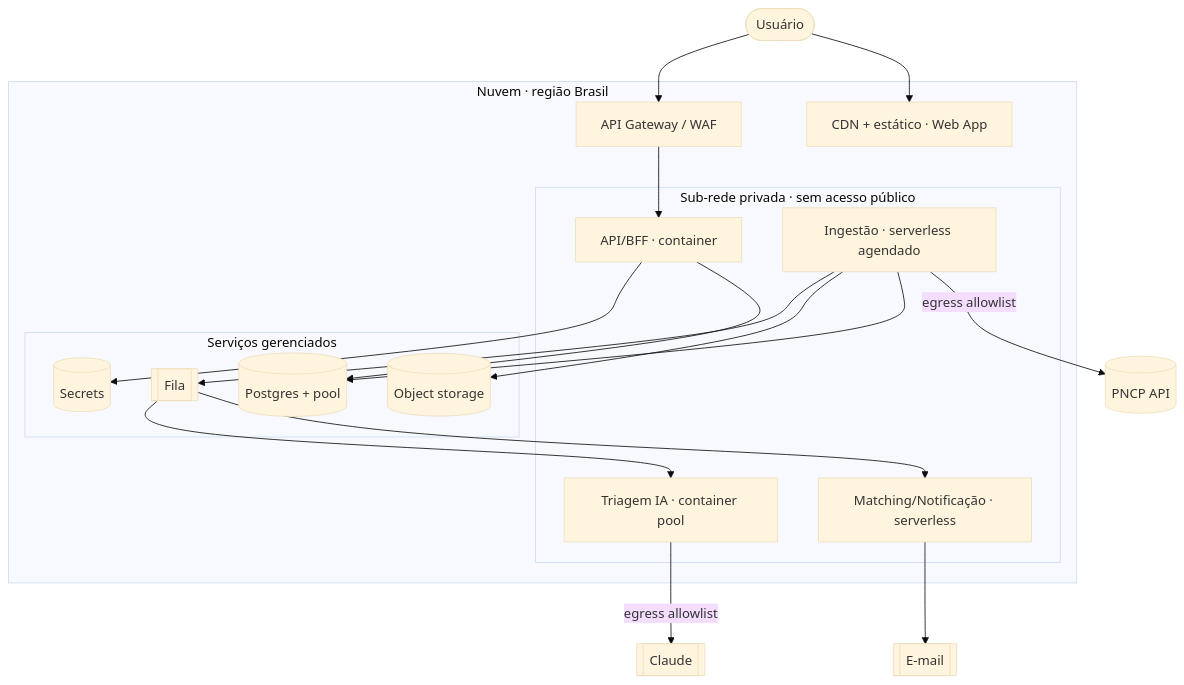
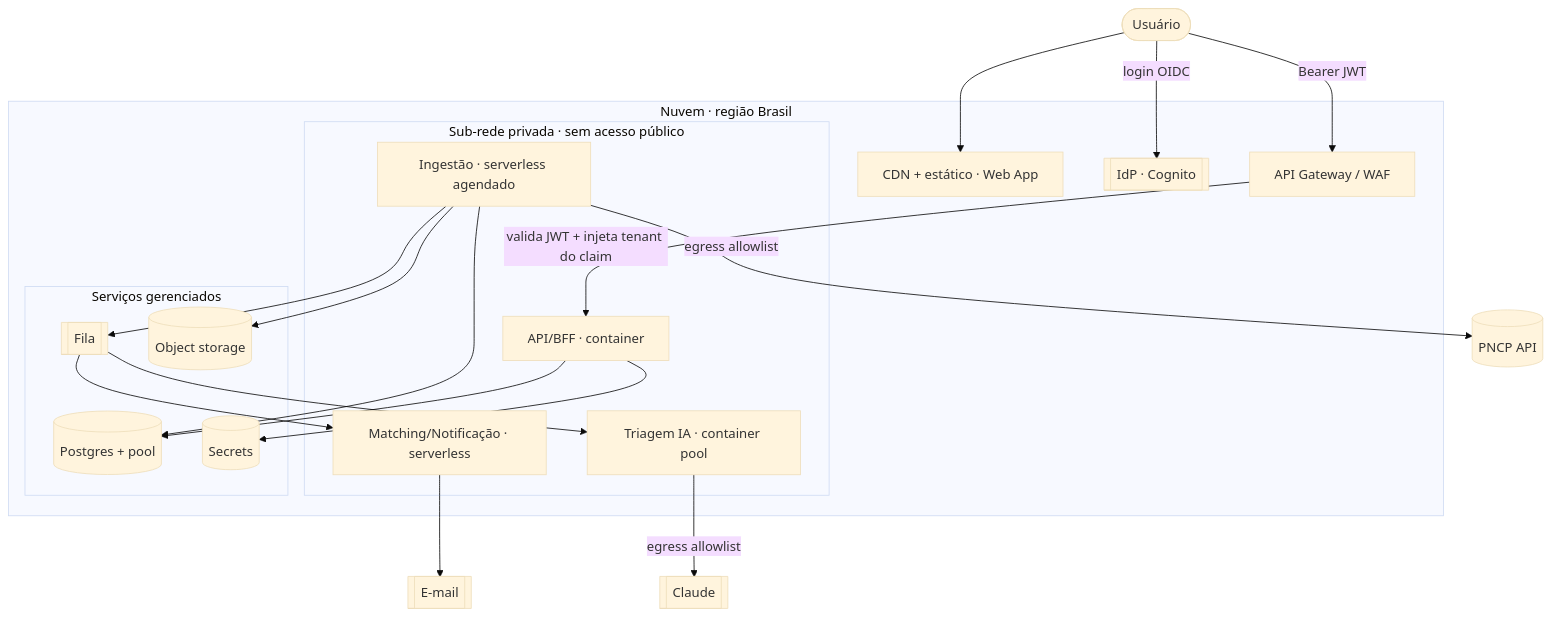
Before and after one commit to nashjunior/radar: the diagram in arquitetura/08-infraestrutura-e-implantacao.md, drawn with Mermaid (base theme). The commit also changed other lines of this file and 190 other files, not shown here.

````diff
--- a/arquitetura/08-infraestrutura-e-implantacao.md
+++ b/arquitetura/08-infraestrutura-e-implantacao.md
@@ -64,35 +66,38 @@
 ```mermaid
 flowchart TB
     U([Usuário])
     PNCP[(PNCP API)]
     LLM[[Claude]]
     MAIL[[E-mail]]
     subgraph Nuvem[Nuvem · região Brasil]
       CDN[CDN + estático · Web App]
       GW[API Gateway / WAF]
+      IDP[[IdP · Cognito]]
       subgraph Privada[Sub-rede privada · sem acesso público]
         API[API/BFF · container]
         ING[Ingestão · serverless agendado]
         WRK[Matching/Notificação · serverless]
         TRI[Triagem IA · container pool]
       end
       subgraph Gerenciado[Serviços gerenciados]
         DB[(Postgres + pool)]
         Q[[Fila]]
         OBJ[(Object storage)]
         SEC[(Secrets)]
       end
     end
     U --> CDN
-    U --> GW --> API
+    U -->|login OIDC| IDP
+    U -->|Bearer JWT| GW
+    GW -->|valida JWT + injeta tenant do claim| API
     ING -->|egress allowlist| PNCP
     ING --> DB
     ING --> OBJ
     ING --> Q
     Q --> WRK
     Q --> TRI
     API --> DB
     API --> SEC
     TRI -->|egress allowlist| LLM
     WRK --> MAIL
 ```
````
